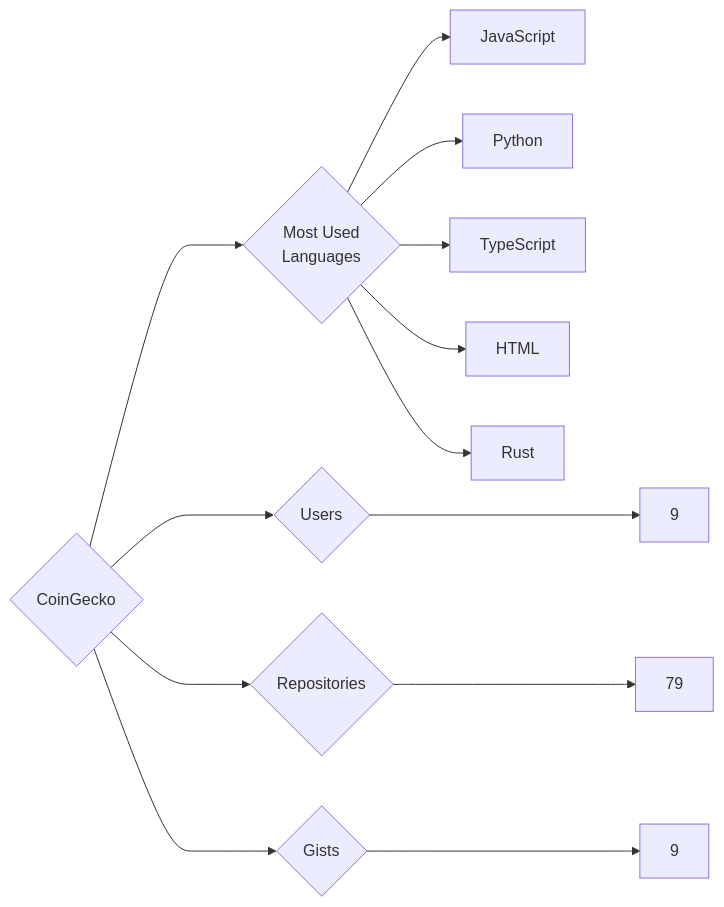
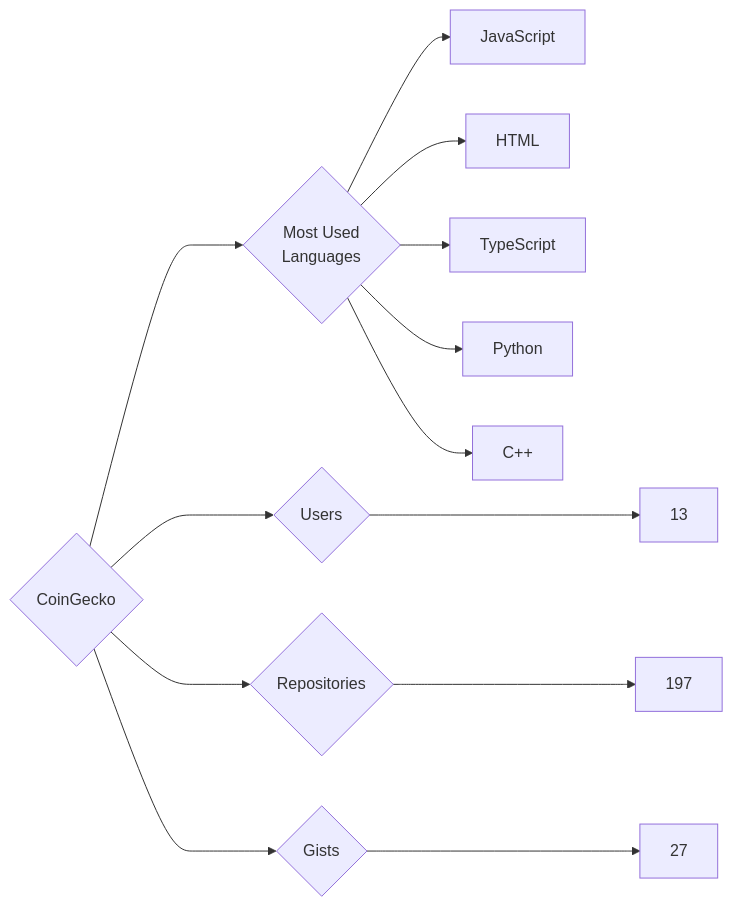
Before and after one commit to trickest/insiders: the diagram in targets/CoinGecko/README.md, drawn with Mermaid. The commit also changed 1212 other files, not shown here.

````diff
--- a/targets/CoinGecko/README.md
+++ b/targets/CoinGecko/README.md
@@ -3,13 +3,13 @@
 ```mermaid
 graph LR
 COMPANY_NAME{CoinGecko}
-COMPANY_NAME ---> U{Users} ---> UN[9]
-COMPANY_NAME ---> R{Repositories} ---> RN[79]
-COMPANY_NAME ---> G{Gists} ---> GN[9]
+COMPANY_NAME ---> U{Users} ---> UN[13]
+COMPANY_NAME ---> R{Repositories} ---> RN[197]
+COMPANY_NAME ---> G{Gists} ---> GN[27]
 COMPANY_NAME ---> ML{Most Used<br>Languages}
 ML --> JavaScript[JavaScript]
+ML --> HTML[HTML]
+ML --> TypeScript[TypeScript]
 ML --> Python[Python]
-ML --> TypeScript[TypeScript]
-ML --> HTML[HTML]
-ML --> Rust[Rust]
+ML --> C++[C++]
 ```
````
